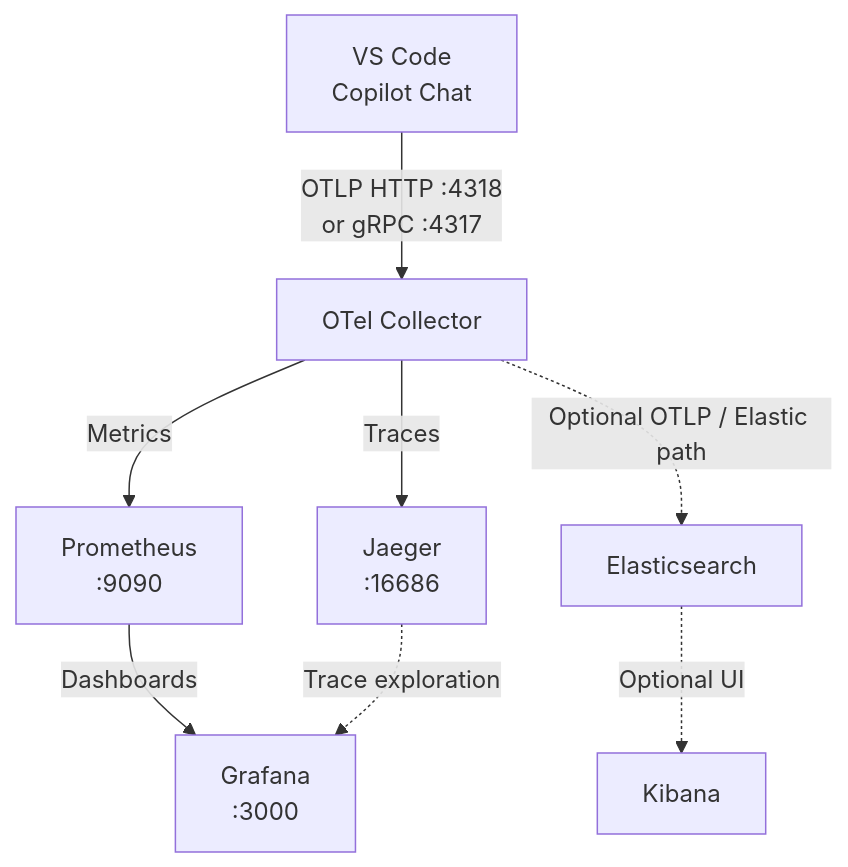
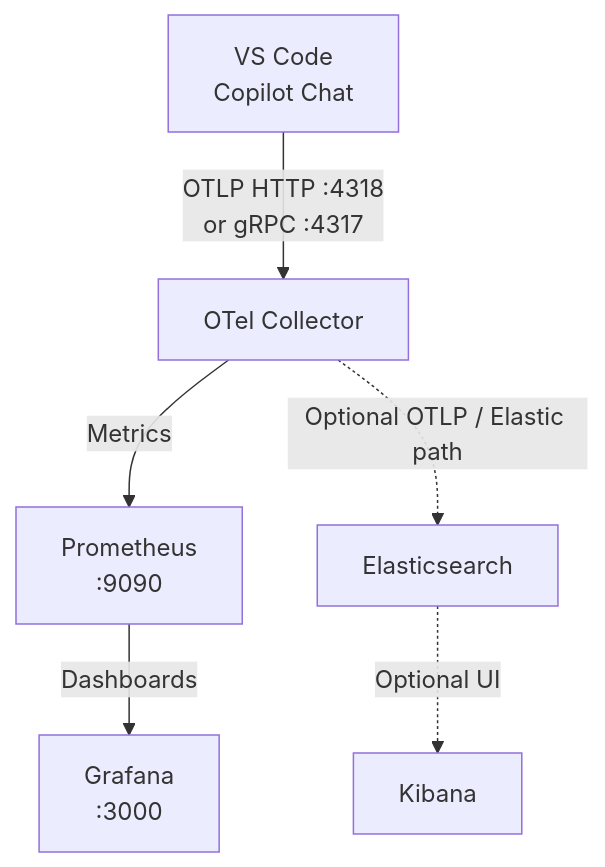
Before and after one commit to cgorican/vs-code-copilot-otlp-grafana: the diagram in README.md, drawn with Mermaid. The commit also changed other lines of this file and 7 other files, not shown here.

````diff
--- a/README.md
+++ b/README.md
@@ -7,10 +7,8 @@
 ```mermaid
 flowchart TD
         vscode[VS Code<br/>Copilot Chat] -->|OTLP HTTP :4318<br/>or gRPC :4317| collector[OTel Collector]
-        collector -->|Traces| jaeger[Jaeger<br/>:16686]
         collector -->|Metrics| prometheus[Prometheus<br/>:9090]
         prometheus -->|Dashboards| grafana[Grafana<br/>:3000]
-        jaeger -. Trace exploration .-> grafana
   collector -. Optional OTLP / Elastic path .-> elastic[Elasticsearch]
   elastic -. Optional UI .-> kibana[Kibana]
 ```
````
